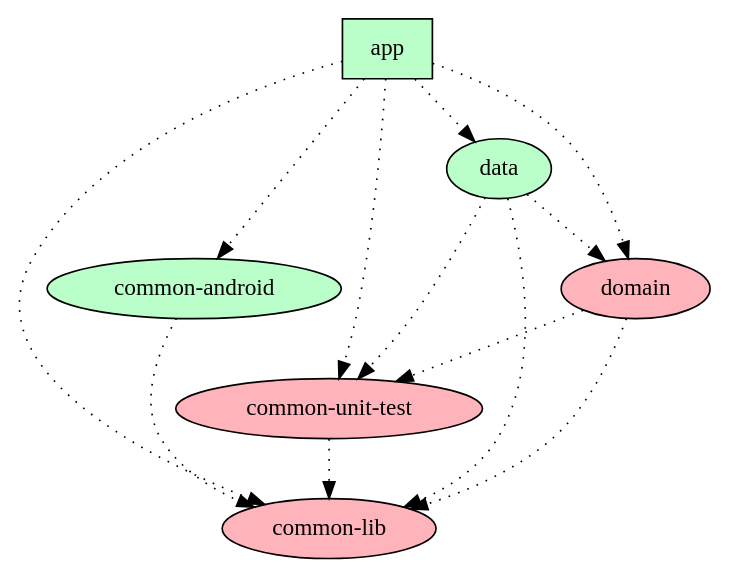
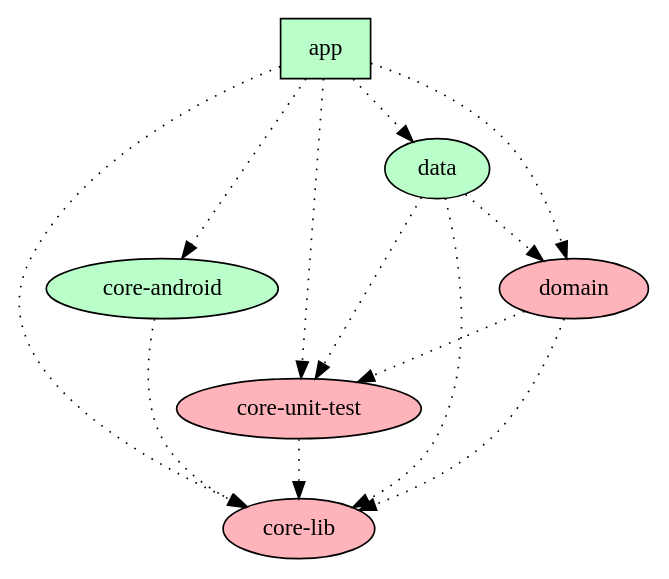
One commit to huuphuoc1396/AndroidCleanArchitecture changed the diagram in dependency-graph/project.dot. Above: the diagram before and after it, drawn with Graphviz. The commit also changed 1 other file, not shown here.

Commit message:
Update dependencies graph

```diff
--- a/dependency-graph/project.dot
+++ b/dependency-graph/project.dot
@@ -1,31 +1,31 @@
 digraph {
   graph [labelloc=t,fontsize=30,ranksep=0.5];
   node [style=filled, fillcolor="#bbbbbb"];
   rankdir=TB;
 
   # Projects
 
   "app" [shape=box, fillcolor="#baffc9"];
-  "common-android" [fillcolor="#baffc9"];
-  "common-lib" [fillcolor="#ffb3ba"];
-  "common-unit-test" [fillcolor="#ffb3ba"];
+  "core-android" [fillcolor="#baffc9"];
+  "core-lib" [fillcolor="#ffb3ba"];
+  "core-unit-test" [fillcolor="#ffb3ba"];
   "data" [fillcolor="#baffc9"];
   "domain" [fillcolor="#ffb3ba"];
 
   {rank = same; "app";}
 
   # Dependencies
 
   "app" -> "data" [style=dotted]
   "app" -> "domain" [style=dotted]
-  "app" -> "common-lib" [style=dotted]
-  "app" -> "common-android" [style=dotted]
-  "app" -> "common-unit-test" [style=dotted]
+  "app" -> "core-lib" [style=dotted]
+  "app" -> "core-android" [style=dotted]
+  "app" -> "core-unit-test" [style=dotted]
   "data" -> "domain" [style=dotted]
-  "data" -> "common-lib" [style=dotted]
-  "data" -> "common-unit-test" [style=dotted]
-  "domain" -> "common-lib" [style=dotted]
-  "domain" -> "common-unit-test" [style=dotted]
-  "common-android" -> "common-lib" [style=dotted]
-  "common-unit-test" -> "common-lib" [style=dotted]
+  "data" -> "core-lib" [style=dotted]
+  "data" -> "core-unit-test" [style=dotted]
+  "domain" -> "core-lib" [style=dotted]
+  "domain" -> "core-unit-test" [style=dotted]
+  "core-android" -> "core-lib" [style=dotted]
+  "core-unit-test" -> "core-lib" [style=dotted]
 }
```
